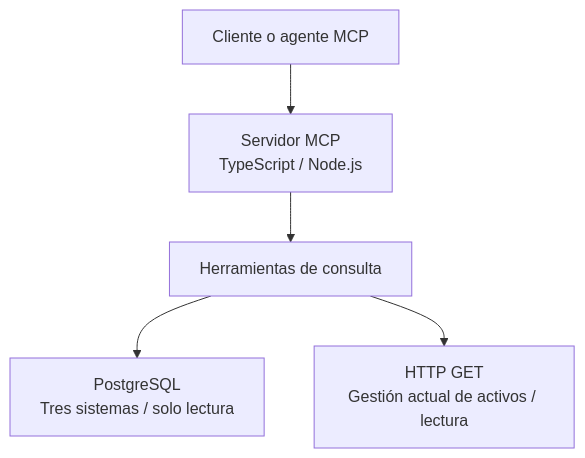
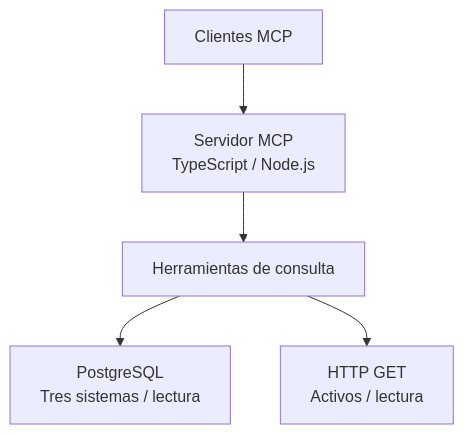
One commit to jotaprogramming/Portfolio changed the diagram in case-study-mcp.md. Above: the diagram before and after it, drawn with Mermaid.

Commit message:
Acortar etiquetas del diagrama MCP

````diff
--- a/case-study-mcp.md
+++ b/case-study-mcp.md
@@ -49,7 +49,7 @@
 ```mermaid
-flowchart TD
-    A["Cliente o agente MCP"] --> B["Servidor MCP<br/>TypeScript / Node.js"]
+flowchart TB
+    A["Clientes MCP"] --> B["Servidor MCP<br/>TypeScript / Node.js"]
     B --> C["Herramientas de consulta"]
-    C --> D["PostgreSQL<br/>Tres sistemas / solo lectura"]
-    C --> E["HTTP GET<br/>Gestión actual de activos / lectura"]
+    C --> D["PostgreSQL<br/>Tres sistemas / lectura"]
+    C --> E["HTTP GET<br/>Activos / lectura"]
 ```
````
